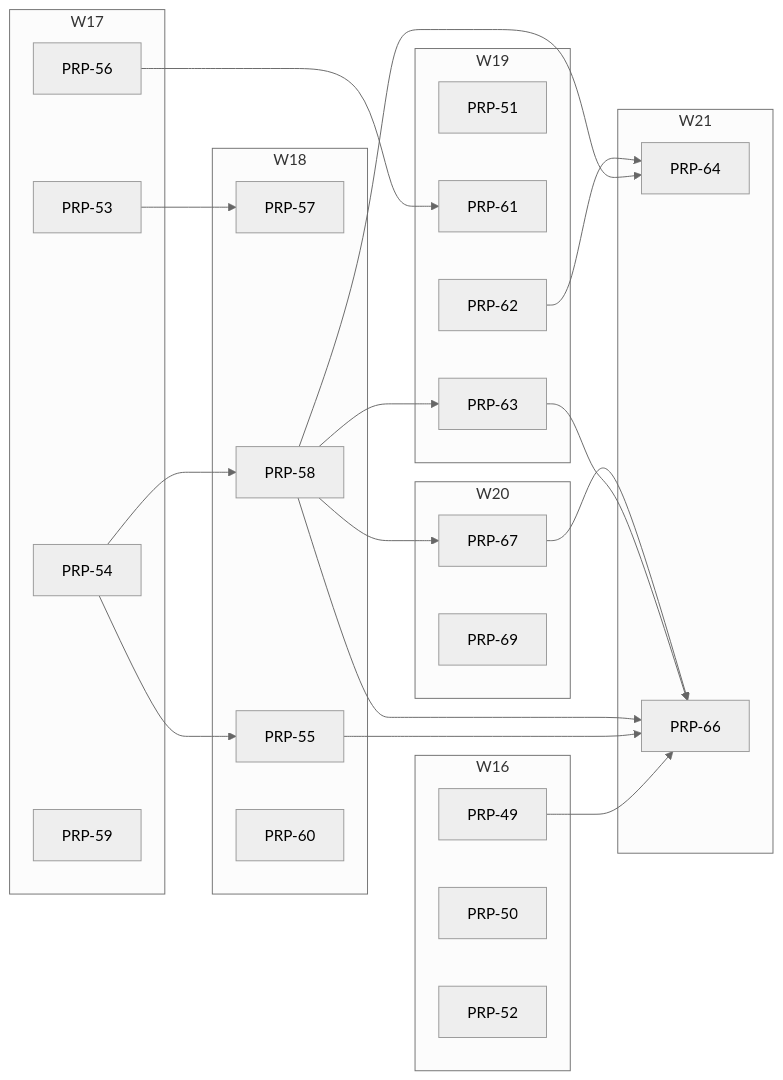
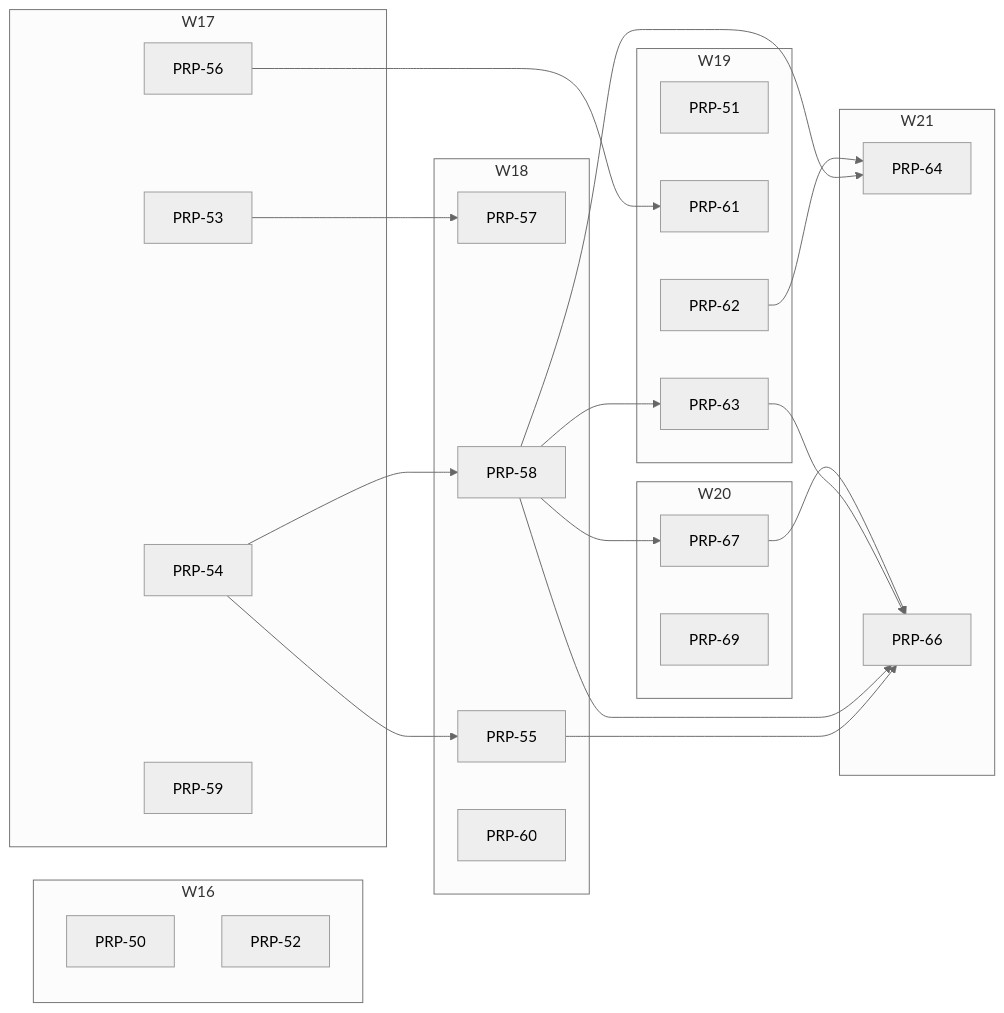
The diagram in PRPs/EXECUTION-PLAN.md (fgarofalo56/neurosphere), drawn with Mermaid (neutral theme) before and after one commit. The commit also changed other lines of this file and 4 other files, not shown here.

````diff
--- a/PRPs/EXECUTION-PLAN.md
+++ b/PRPs/EXECUTION-PLAN.md
@@ -118,47 +117,45 @@
 ```mermaid
 flowchart LR
   subgraph W16
-    P49["PRP-49"]
     P50["PRP-50"]
     P52["PRP-52"]
   end
   subgraph W17
     P53["PRP-53"]
     P54["PRP-54"]
     P56["PRP-56"]
     P59["PRP-59"]
   end
   subgraph W18
     P57["PRP-57"]
     P55["PRP-55"]
     P58["PRP-58"]
     P60["PRP-60"]
   end
   subgraph W19
     P51["PRP-51"]
     P61["PRP-61"]
     P62["PRP-62"]
     P63["PRP-63"]
   end
   subgraph W20
     P67["PRP-67"]
     P69["PRP-69"]
   end
   subgraph W21
     P64["PRP-64"]
     P66["PRP-66"]
   end
   P54 --> P55
   P53 --> P57
   P54 --> P58
   P56 --> P61
   P58 --> P63
   P58 --> P64
   P62 --> P64
-  P49 --> P66
   P55 --> P66
   P58 --> P66
   P63 --> P66
   P67 --> P66
   P58 --> P67
 ```
````
